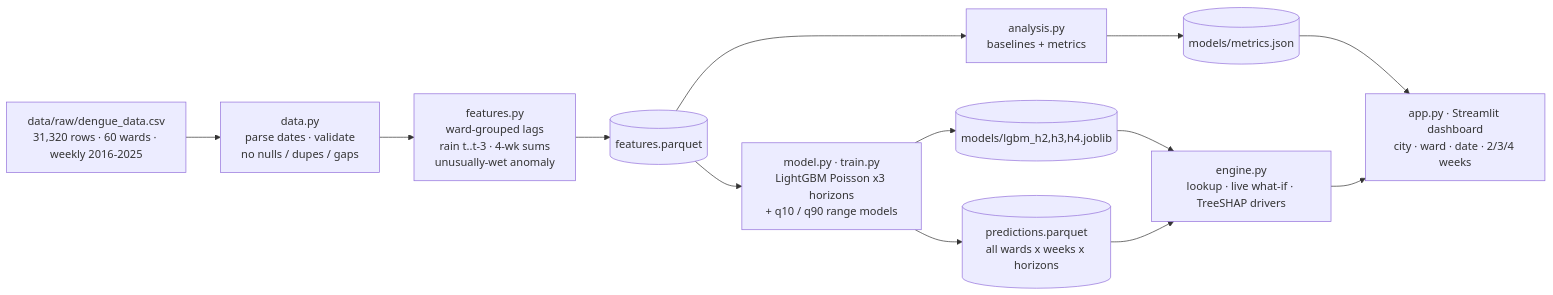
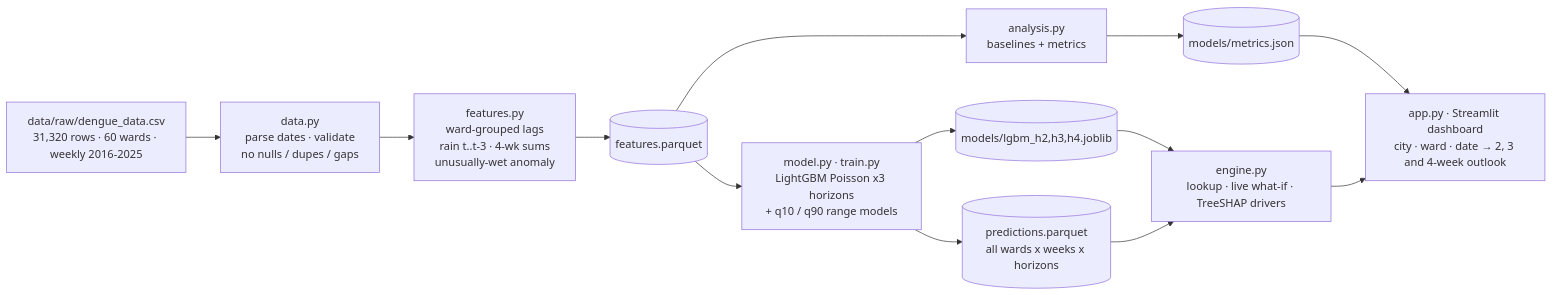
The diagram in ARCHITECTURE.md (fahim75755/HACKATHON-26), drawn with Mermaid before and after one commit. The commit also changed other lines of this file and 2 other files, not shown here.

First line of the commit message:
Dashboard: inputs-only sidebar, 2-4 week early-warning front page

````diff
--- a/ARCHITECTURE.md
+++ b/ARCHITECTURE.md
@@ -5,15 +5,15 @@
 ```mermaid
 flowchart LR
     A[data/raw/dengue_data.csv<br/>31,320 rows · 60 wards · weekly 2016-2025] --> B[data.py<br/>parse dates · validate<br/>no nulls / dupes / gaps]
     B --> C[features.py<br/>ward-grouped lags<br/>rain t..t-3 · 4-wk sums<br/>unusually-wet anomaly]
     C --> D[(features.parquet)]
     D --> E[model.py · train.py<br/>LightGBM Poisson x3 horizons<br/>+ q10 / q90 range models]
     D --> F[analysis.py<br/>baselines + metrics]
     E --> G[(models/lgbm_h2,h3,h4.joblib)]
     F --> H[(models/metrics.json)]
     E --> I[(predictions.parquet<br/>all wards x weeks x horizons)]
     G --> J[engine.py<br/>lookup · live what-if · TreeSHAP drivers]
     I --> J
     H --> K
-    J --> K[app.py · Streamlit dashboard<br/>city · ward · date · 2/3/4 weeks]
+    J --> K[app.py · Streamlit dashboard<br/>city · ward · date → 2, 3 and 4-week outlook]
 ```
````
